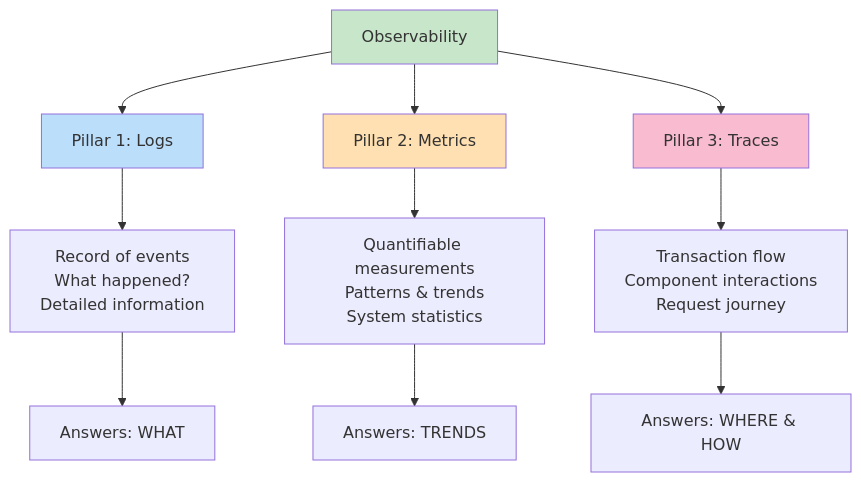
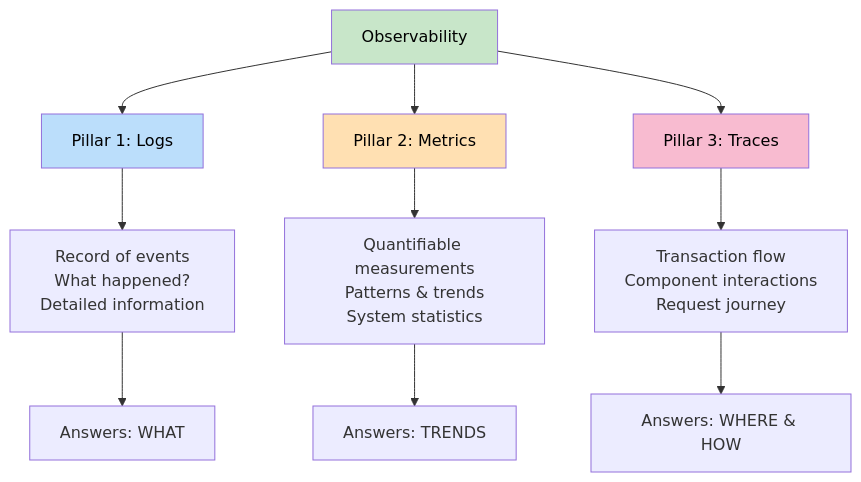
One commit to ahmed-226/Backend-from-first-principles changed the second of 12 diagrams in 13.Logging, Monitoring and Observability/README.md. Above: the diagram before and after it, drawn with Mermaid. The commit also changed other lines of this file, not shown here.

Commit message:
update observability lecture

````diff
--- a/13.Logging, Monitoring and Observability/README.md
+++ b/13.Logging, Monitoring and Observability/README.md
@@ -155,21 +155,21 @@
 ```mermaid
 graph TB
     Observability["Observability"]
 
     Observability --> Logs["Pillar 1: Logs"]
     Observability --> Metrics["Pillar 2: Metrics"]
     Observability --> Traces["Pillar 3: Traces"]
 
     Logs --> LogDef["Record of events<br/>What happened?<br/>Detailed information"]
     Metrics --> MetricDef["Quantifiable measurements<br/>Patterns & trends<br/>System statistics"]
     Traces --> TraceDef["Transaction flow<br/>Component interactions<br/>Request journey"]
 
     LogDef --> Answer1["Answers: WHAT"]
     MetricDef --> Answer2["Answers: TRENDS"]
     TraceDef --> Answer3["Answers: WHERE & HOW"]
 
-    style Observability fill:#c8e6c9
-    style Logs fill:#bbdefb
-    style Metrics fill:#ffe0b2
-    style Traces fill:#f8bbd0
+    style Observability fill:#c8e6c9,color:#000
+    style Logs fill:#bbdefb,color:#000
+    style Metrics fill:#ffe0b2,color:#000
+    style Traces fill:#f8bbd0,color:#000
 ```
````
